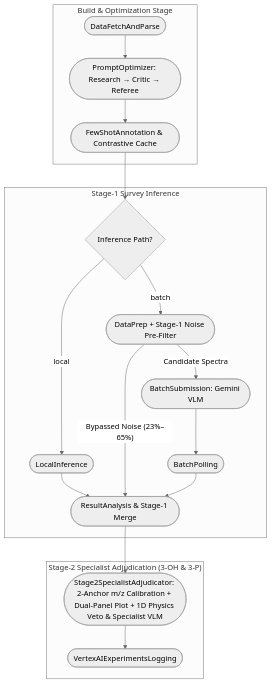
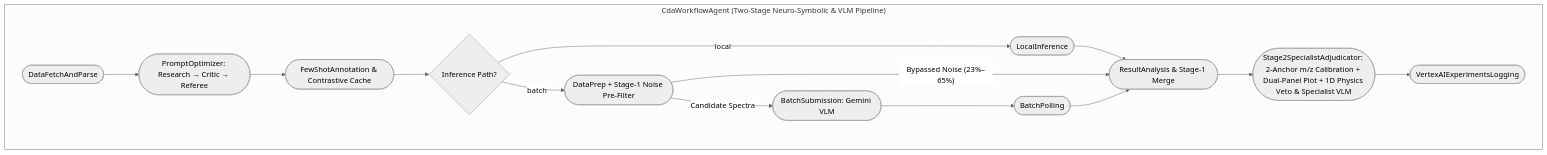
The diagram in README.md (turanbulmus/cda-dust-analyzer), drawn with Mermaid (neutral theme) before and after one commit. The commit also changed other lines of this file and 48 other files, not shown here.

Commit message:
refactor(agent): fold Stage-2 3-OH/3-P adjudicator and results into cda_dust_agent and remove duplicate cda_3oh_agent

````diff
--- a/README.md
+++ b/README.md
@@ -24,23 +26,22 @@
 ```mermaid
 flowchart TD
-    subgraph "Build & Optimization Stage"
+    subgraph "CdaWorkflowAgent (Two-Stage Neuro-Symbolic & VLM Pipeline)"
         DataFetchAndParse([DataFetchAndParse]) --> PromptOptimizer([PromptOptimizer: Research → Critic → Referee])
         PromptOptimizer --> FewShotAnnotation([FewShotAnnotation & Contrastive Cache])
-    end
-
-    subgraph "Stage-1 Survey Inference"
+        
         FewShotAnnotation --> Cond{Inference Path?}
+        
         Cond -- "local" --> LocalInference([LocalInference])
         Cond -- "batch" --> DataPrep([DataPrep + Stage-1 Noise Pre-Filter])
+        
         DataPrep -- "Bypassed Noise (23%–65%)" --> ResultAnalysis([ResultAnalysis & Stage-1 Merge])
         DataPrep -- "Candidate Spectra" --> BatchSubmission([BatchSubmission: Gemini VLM])
         BatchSubmission --> BatchPolling([BatchPolling])
+        
         LocalInference --> ResultAnalysis
         BatchPolling --> ResultAnalysis
-    end
-
-    subgraph "Stage-2 Specialist Adjudication (3-OH & 3-P)"
+        
         ResultAnalysis --> Stage2Adjudicator([Stage2SpecialistAdjudicator: 2-Anchor m/z Calibration + Dual-Panel Plot + 1D Physics Veto & Specialist VLM])
         Stage2Adjudicator --> VertexAIExperimentsLogging([VertexAIExperimentsLogging])
     end
 ```
````
